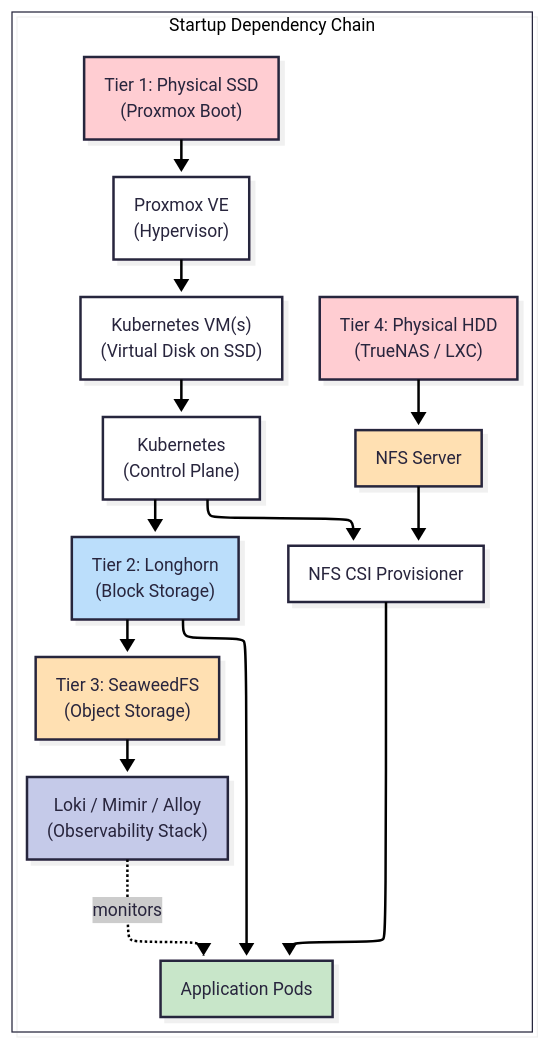
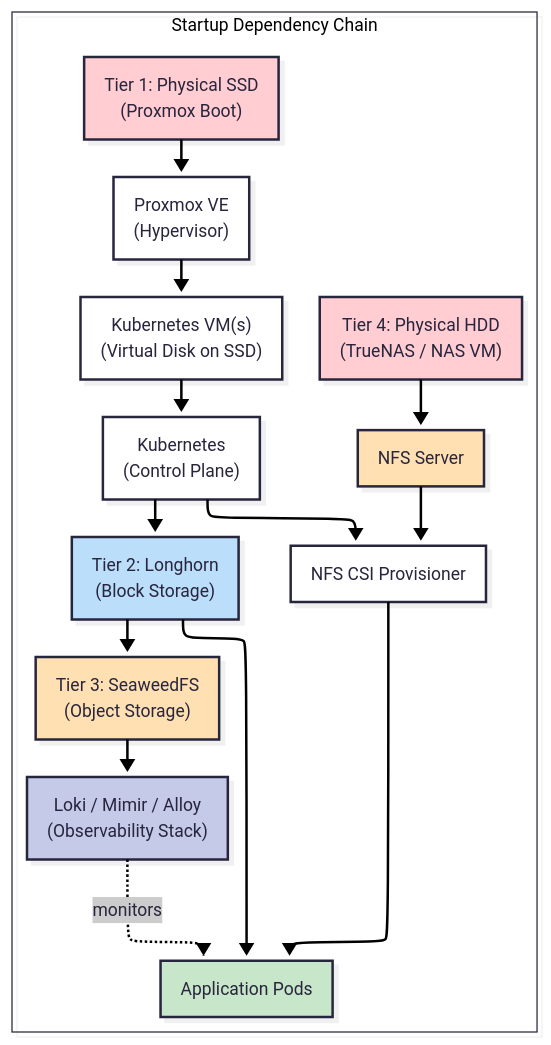
Before and after one commit to sinhaaritro/platform-stack: the third of 4 diagrams in docs/storage/ARCHITECTURE.md, drawn with Mermaid. The commit also changed other lines of this file and 3 other files, not shown here.

Commit message:
docs: replace interim NFS LXC with NAS VM oceanus and update documentation

````diff
--- a/docs/storage/ARCHITECTURE.md
+++ b/docs/storage/ARCHITECTURE.md
@@ -218,34 +218,34 @@
 ```mermaid
 ---
 config:
   theme: redux
   look: neo
   layout: elk
 ---
 flowchart TD
   subgraph Diagram["Startup Dependency Chain"]
     SSD["Tier 1: Physical SSD\n(Proxmox Boot)"] --> Proxmox["Proxmox VE\n(Hypervisor)"]
     Proxmox --> VM["Kubernetes VM(s)\n(Virtual Disk on SSD)"]
     VM --> K8s["Kubernetes\n(Control Plane)"]
     K8s --> Longhorn["Tier 2: Longhorn\n(Block Storage)"]
     Longhorn --> SeaweedFS["Tier 3: SeaweedFS\n(Object Storage)"]
     SeaweedFS --> Observability["Loki / Mimir / Alloy\n(Observability Stack)"]
     K8s --> NFSProvisioner["NFS CSI Provisioner"]
 
-    HDD["Tier 4: Physical HDD\n(TrueNAS / LXC)"] --> NFSServer["NFS Server"]
+    HDD["Tier 4: Physical HDD\n(TrueNAS / NAS VM)"] --> NFSServer["NFS Server"]
     NFSServer --> NFSProvisioner
 
     NFSProvisioner --> Apps["Application Pods"]
     Longhorn --> Apps
     Observability -.->|"monitors"| Apps
   end
 
   style SSD fill:#FFCDD2
   style Longhorn fill:#BBDEFB
   style SeaweedFS fill:#FFE0B2
   style HDD fill:#FFCDD2
   style NFSServer fill:#FFE0B2
   style Apps fill:#C8E6C9
   style Observability fill:#C5CAE9
   style Diagram fill:transparent
 ```
````
